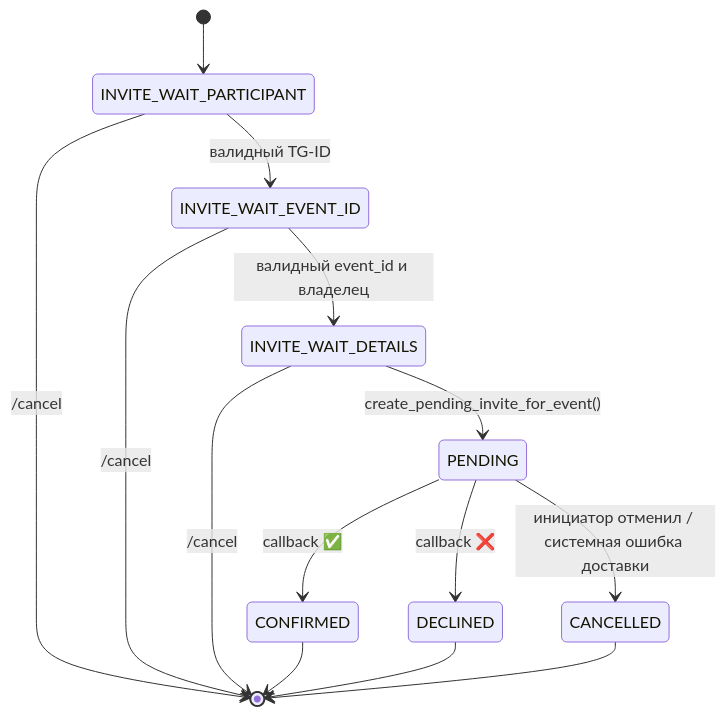
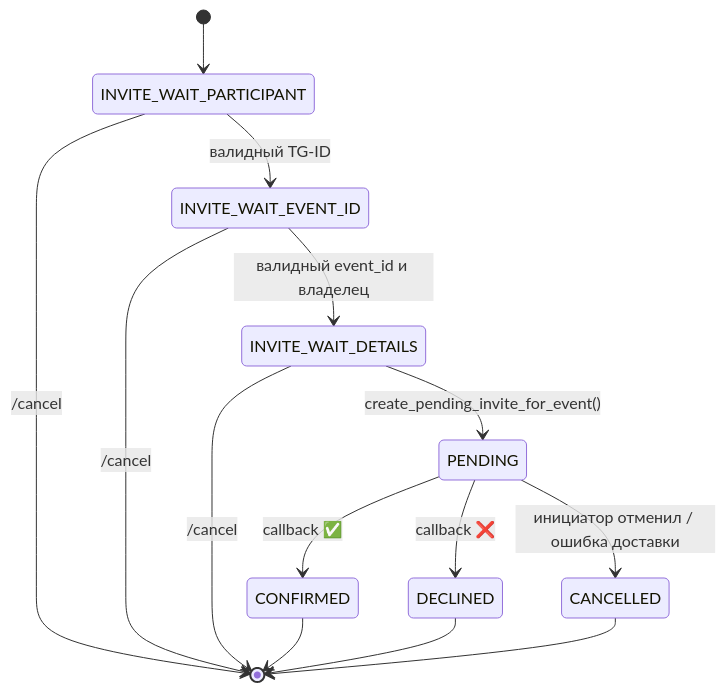
Before and after one commit to kabshanov/Python_TelegramBot_Familiya: the second of 2 diagrams in README_BOT.md, drawn with Mermaid. The commit also changed other lines of this file and 2 other files, not shown here.

````diff
--- a/README_BOT.md
+++ b/README_BOT.md
@@ -501,19 +510,19 @@
 ```mermaid
 stateDiagram-v2
   [*] --> INVITE_WAIT_PARTICIPANT
   INVITE_WAIT_PARTICIPANT --> INVITE_WAIT_EVENT_ID: валидный TG-ID
   INVITE_WAIT_PARTICIPANT --> [*]: /cancel
 
   INVITE_WAIT_EVENT_ID --> INVITE_WAIT_DETAILS: валидный event_id и владелец
   INVITE_WAIT_EVENT_ID --> [*]: /cancel
 
   INVITE_WAIT_DETAILS --> PENDING: create_pending_invite_for_event()
   INVITE_WAIT_DETAILS --> [*]: /cancel
 
   PENDING --> CONFIRMED: callback ✅
   PENDING --> DECLINED: callback ❌
-  PENDING --> CANCELLED: инициатор отменил / системная ошибка доставки
+  PENDING --> CANCELLED: инициатор отменил / ошибка доставки
   CONFIRMED --> [*]
   DECLINED --> [*]
   CANCELLED --> [*]
 ```
````
